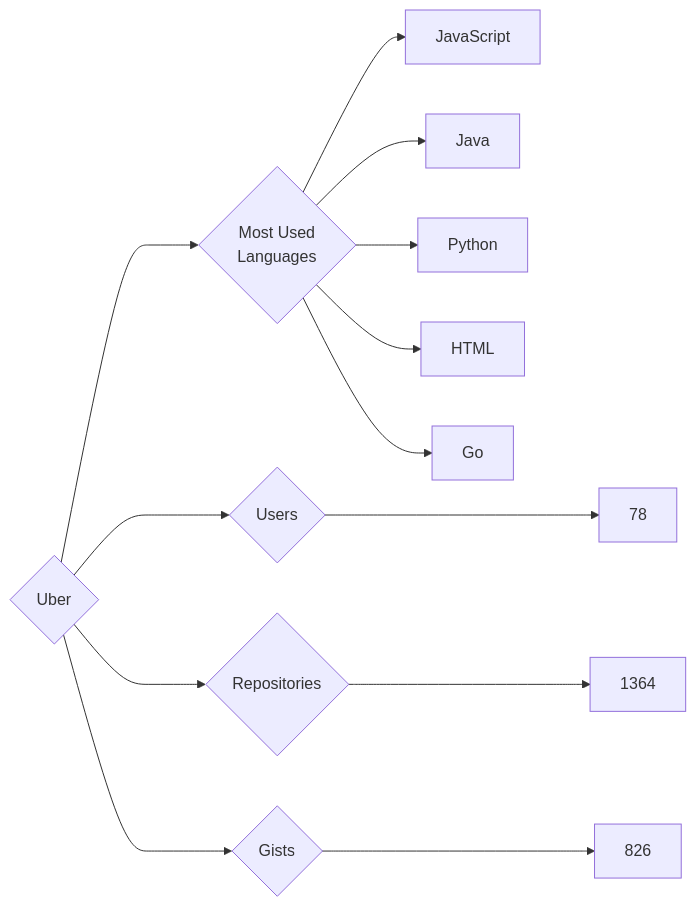
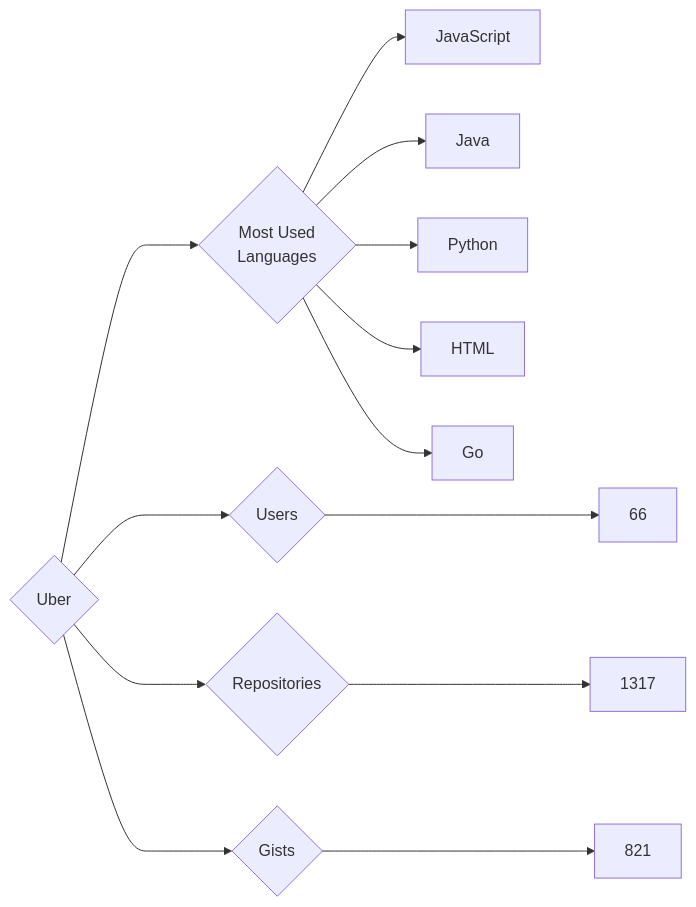
Before and after one commit to trickest/insiders: the diagram in targets/Uber/README.md, drawn with Mermaid. The commit also changed 928 other files, not shown here.

````diff
--- a/targets/Uber/README.md
+++ b/targets/Uber/README.md
@@ -3,13 +3,13 @@
 ```mermaid
 graph LR
 COMPANY_NAME{Uber}
-COMPANY_NAME ---> U{Users} ---> UN[78]
-COMPANY_NAME ---> R{Repositories} ---> RN[1364]
-COMPANY_NAME ---> G{Gists} ---> GN[826]
+COMPANY_NAME ---> U{Users} ---> UN[66]
+COMPANY_NAME ---> R{Repositories} ---> RN[1317]
+COMPANY_NAME ---> G{Gists} ---> GN[821]
 COMPANY_NAME ---> ML{Most Used<br>Languages}
 ML --> JavaScript[JavaScript]
 ML --> Java[Java]
 ML --> Python[Python]
 ML --> HTML[HTML]
 ML --> Go[Go]
 ```
````
